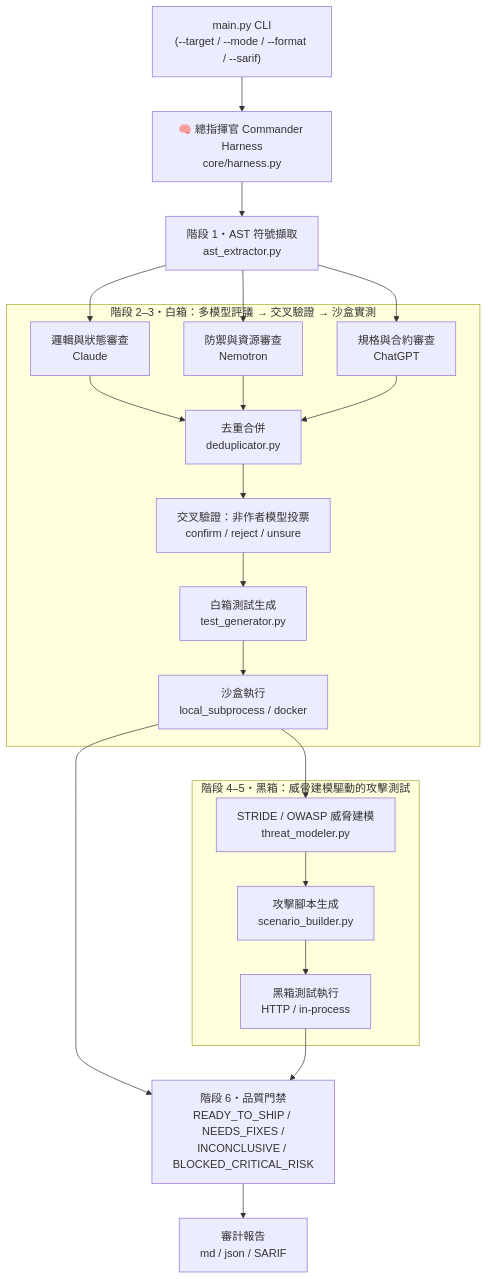
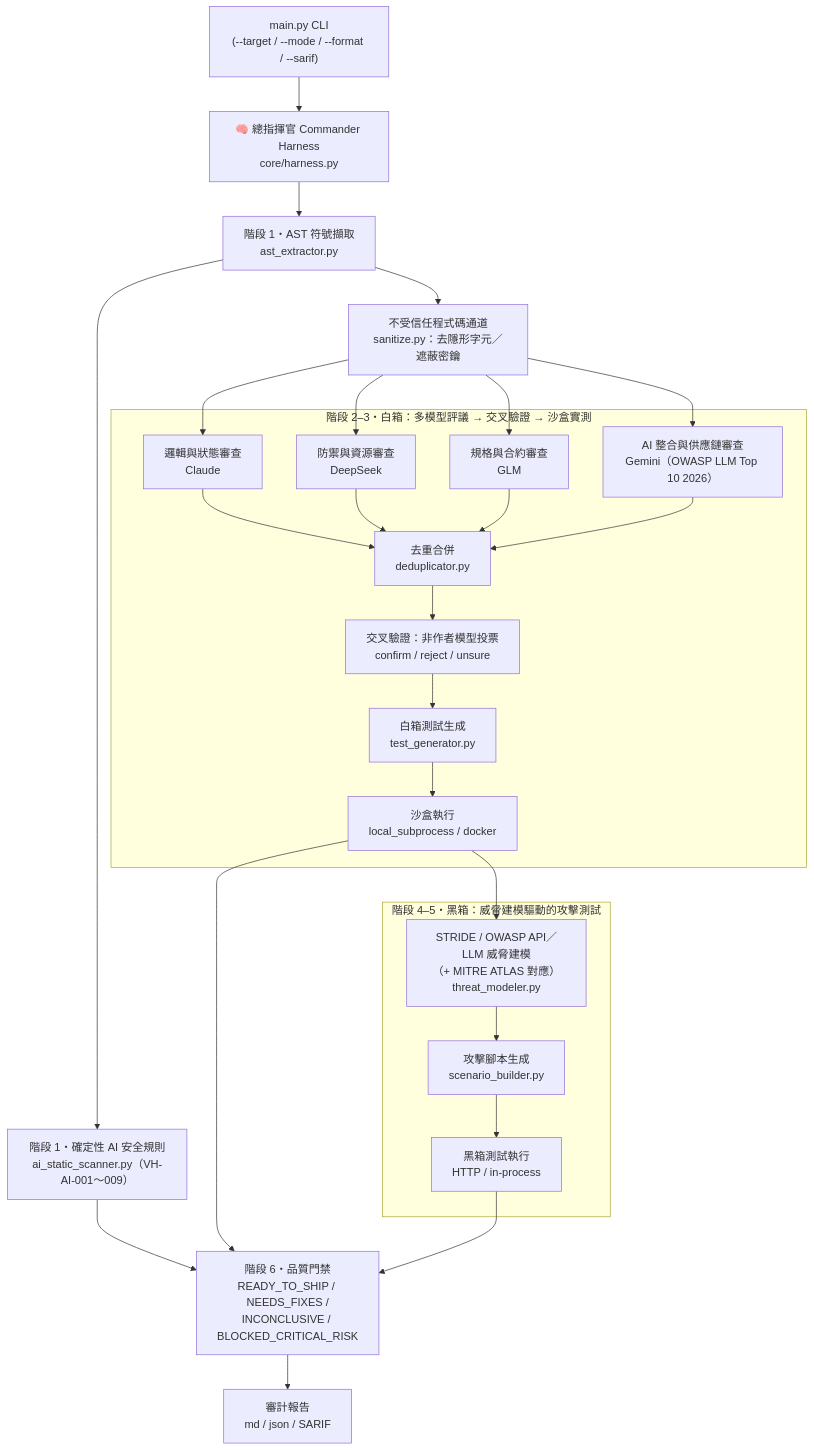
Before and after one commit to chinchiang/MultiAgentGama: the diagram in README.md, drawn with Mermaid. The commit also changed other lines of this file and 30 other files, not shown here.

First line of the commit message:
feat: Claude/DeepSeek/GLM/Gemini ensemble and OWASP LLM Top 10 2026 / MITRE ATLAS hardening

````diff
--- a/README.md
+++ b/README.md
@@ -15,35 +15,41 @@
 ```mermaid
 flowchart TD
     CLI["main.py CLI<br/>(--target / --mode / --format / --sarif)"] --> CMD["🧠 總指揮官 Commander Harness<br/>core/harness.py"]
     CMD --> AST["階段 1・AST 符號擷取<br/>ast_extractor.py"]
+    AST --> SAST["階段 1・確定性 AI 安全規則<br/>ai_static_scanner.py（VH-AI-001～009）"]
+    AST --> SAN["不受信任程式碼通道<br/>sanitize.py：去隱形字元／遮蔽密鑰"]
 
     subgraph WB ["階段 2–3・白箱：多模型評議 → 交叉驗證 → 沙盒實測"]
         R1["邏輯與狀態審查<br/>Claude"]
-        R2["防禦與資源審查<br/>Nemotron"]
-        R3["規格與合約審查<br/>ChatGPT"]
+        R2["防禦與資源審查<br/>DeepSeek"]
+        R3["規格與合約審查<br/>GLM"]
+        R4["AI 整合與供應鏈審查<br/>Gemini（OWASP LLM Top 10 2026）"]
         DEDUP["去重合併<br/>deduplicator.py"]
         DEB["交叉驗證：非作者模型投票<br/>confirm / reject / unsure"]
         GEN["白箱測試生成<br/>test_generator.py"]
         SBX["沙盒執行<br/>local_subprocess / docker"]
         R1 --> DEDUP
         R2 --> DEDUP
         R3 --> DEDUP
+        R4 --> DEDUP
         DEDUP --> DEB --> GEN --> SBX
     end
 
-    AST --> R1
-    AST --> R2
-    AST --> R3
+    SAN --> R1
+    SAN --> R2
+    SAN --> R3
+    SAN --> R4
+    SAST --> GATE
 
     subgraph BB ["階段 4–5・黑箱：威脅建模驅動的攻擊測試"]
-        TM["STRIDE / OWASP 威脅建模<br/>threat_modeler.py"]
+        TM["STRIDE / OWASP API／LLM 威脅建模<br/>（+ MITRE ATLAS 對應）threat_modeler.py"]
         ATK["攻擊腳本生成<br/>scenario_builder.py"]
         BEX["黑箱測試執行<br/>HTTP / in-process"]
         TM --> ATK --> BEX
     end
 
     SBX --> TM
     SBX --> GATE
     BEX --> GATE["階段 6・品質門禁<br/>READY_TO_SHIP / NEEDS_FIXES /<br/>INCONCLUSIVE / BLOCKED_CRITICAL_RISK"]
     GATE --> OUT["審計報告<br/>md / json / SARIF"]
 ```
````
